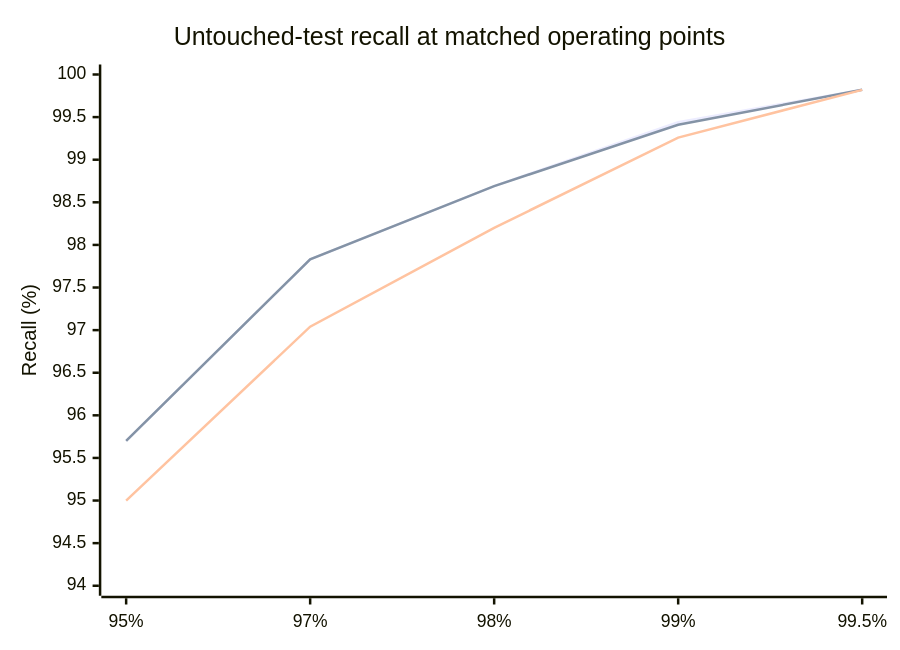
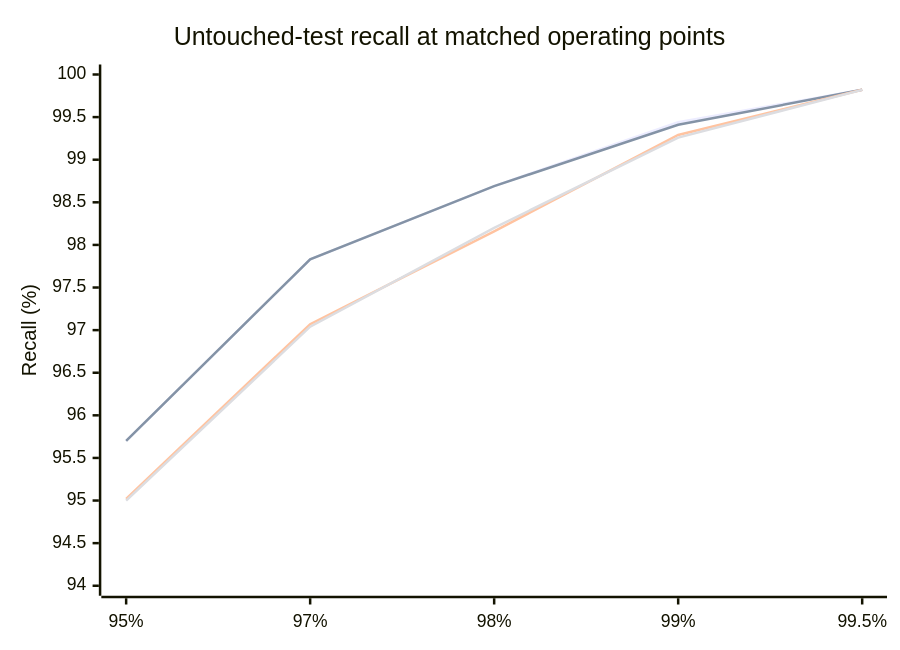
The second of 4 diagrams in README.md (Harshithpatali/cardiorisk-ai), drawn with Mermaid before and after one commit. The commit also changed other lines of this file, not shown here.

Commit message:
docs: include both cascade models in recall chart

````diff
--- a/README.md
+++ b/README.md
@@ -109,9 +109,10 @@
 ```mermaid
 xychart-beta
     title "Untouched-test recall at matched operating points"
     x-axis ["95%", "97%", "98%", "99%", "99.5%"]
     y-axis "Recall (%)" 94 --> 100
     line [95.70, 97.83, 98.69, 99.44, 99.82]
     line [95.70, 97.83, 98.69, 99.41, 99.82]
+    line [95.02, 97.07, 98.16, 99.29, 99.82]
     line [95.00, 97.04, 98.20, 99.26, 99.82]
 ```
````
